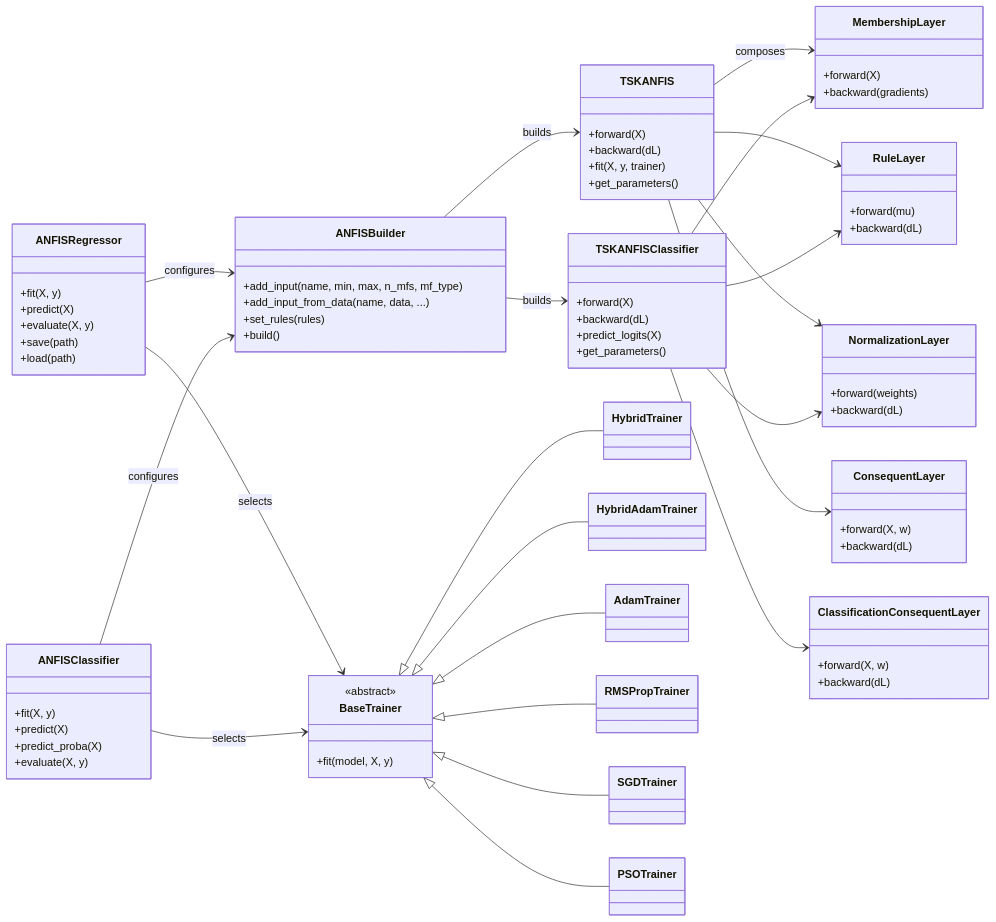
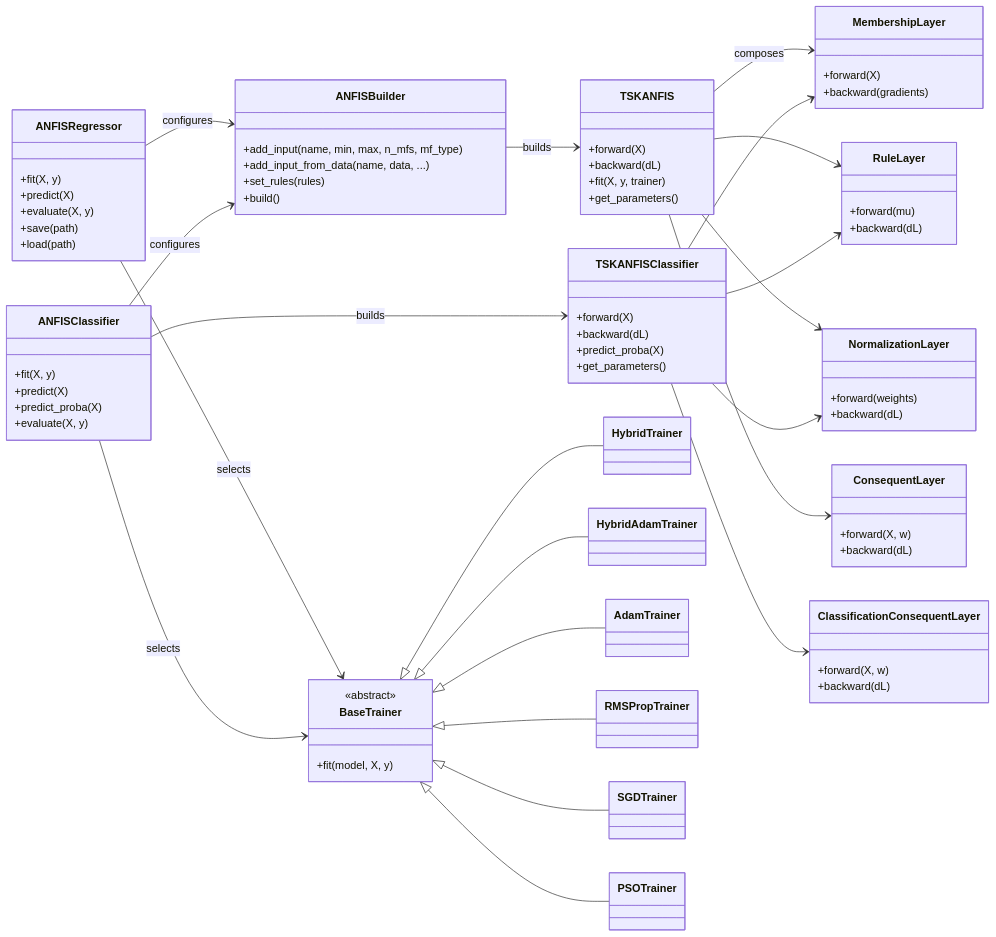
The diagram in docs/guide.md (dcruzf/anfis-toolbox), drawn with Mermaid before and after one commit. The commit also changed other lines of this file, not shown here.

```diff
--- a/docs/guide.md
+++ b/docs/guide.md
@@ -180,7 +182,7 @@
 	class TSKANFISClassifier {
 		+forward(X)
 		+backward(dL)
-		+predict_logits(X)
+		+predict_proba(X)
 		+get_parameters()
 	}
 	class MembershipLayer {
@@ -217,7 +219,7 @@
 	ANFISRegressor --> ANFISBuilder : configures
 	ANFISClassifier --> ANFISBuilder : configures
 	ANFISBuilder --> TSKANFIS : builds
-	ANFISBuilder --> TSKANFISClassifier : builds
+	ANFISClassifier --> TSKANFISClassifier : builds
 	TSKANFIS --> MembershipLayer : composes
 	TSKANFIS --> RuleLayer
 	TSKANFIS --> NormalizationLayer
```
